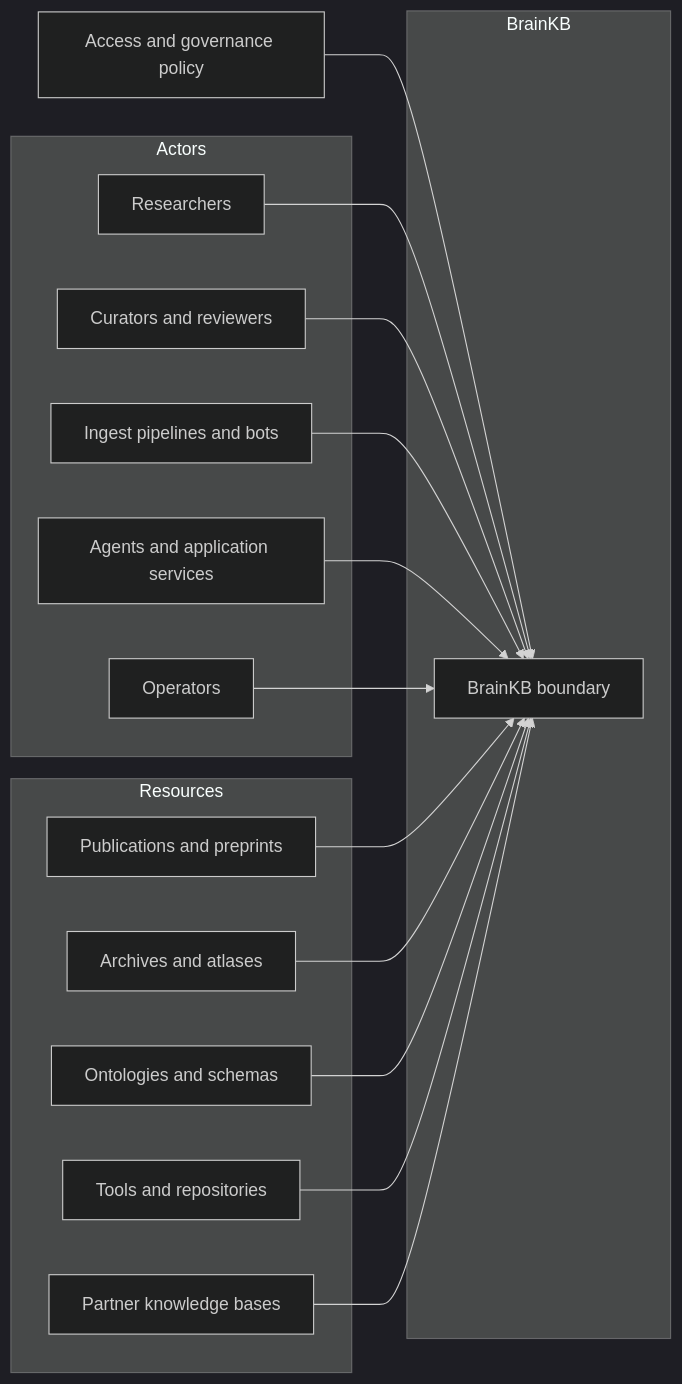
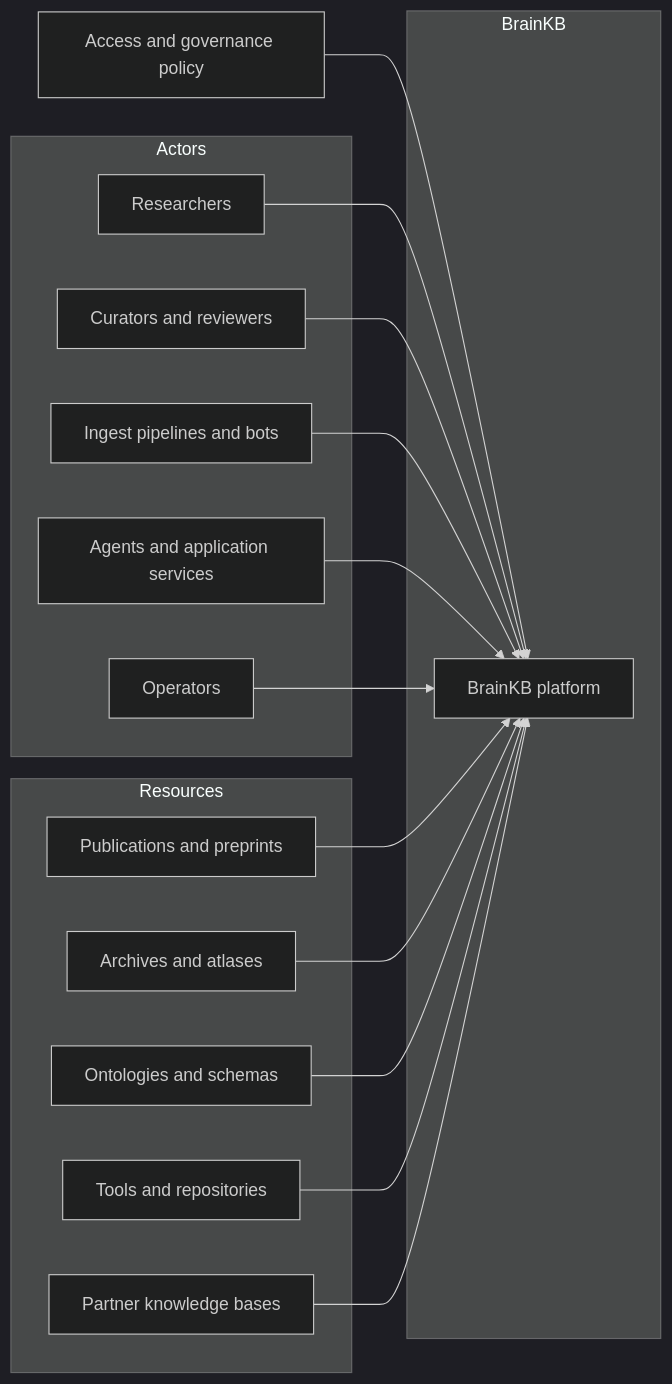
Before and after one commit to sensein/brainkbdocs: the first of 13 diagrams in design/brainkb-architecture.md, drawn with Mermaid (dark theme). The commit also changed other lines of this file, not shown here.

````diff
--- a/design/brainkb-architecture.md
+++ b/design/brainkb-architecture.md
@@ -105,31 +105,31 @@
 ```mermaid
 flowchart LR
   subgraph Actors
     R["Researchers"]
     C["Curators and reviewers"]
     P["Ingest pipelines and bots"]
     A["Agents and application services"]
     Op["Operators"]
   end
   subgraph BrainKB
-    T["BrainKB boundary"]
+    T["BrainKB platform"]
   end
   subgraph Resources
     Pub["Publications and preprints"]
     Arc["Archives and atlases"]
     Ont["Ontologies and schemas"]
     Tool["Tools and repositories"]
     Partner["Partner knowledge bases"]
   end
   Policy["Access and governance policy"] --> T
   R --> T
   C --> T
   P --> T
   A --> T
   Op --> T
   Pub --> T
   Arc --> T
   Ont --> T
   Tool --> T
   Partner --> T
 ```
````
